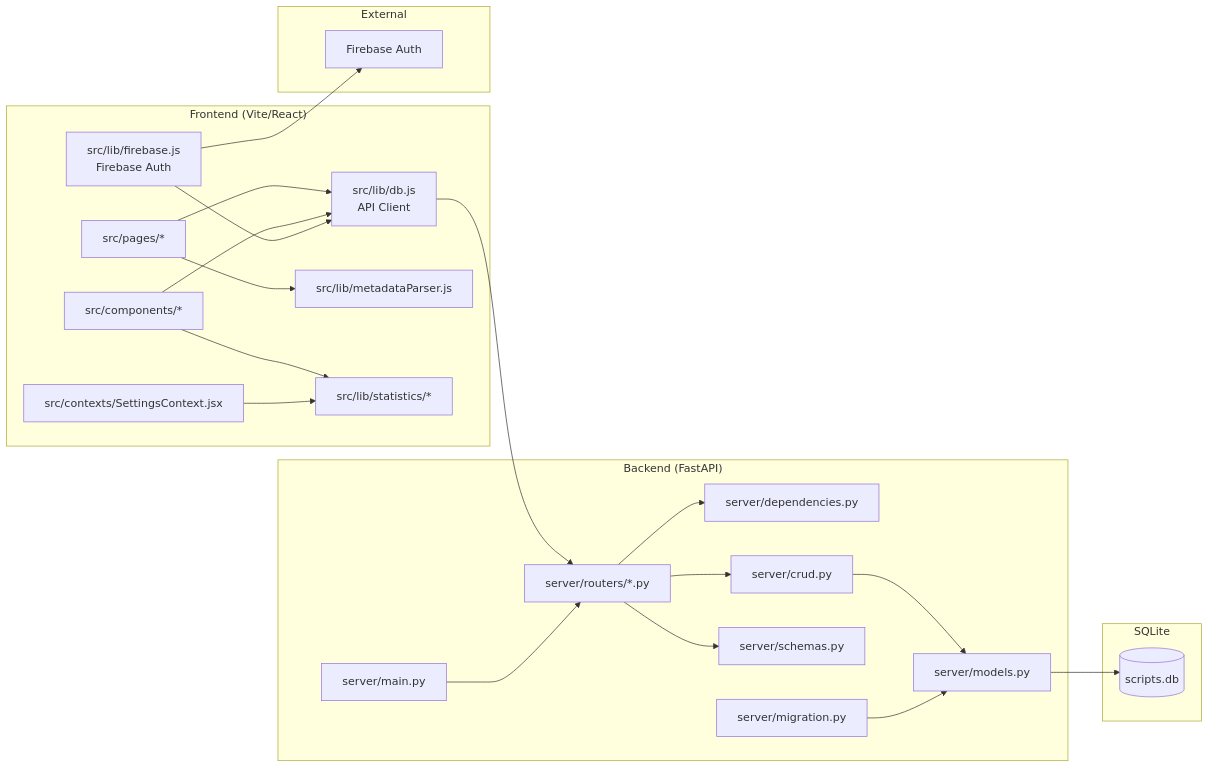
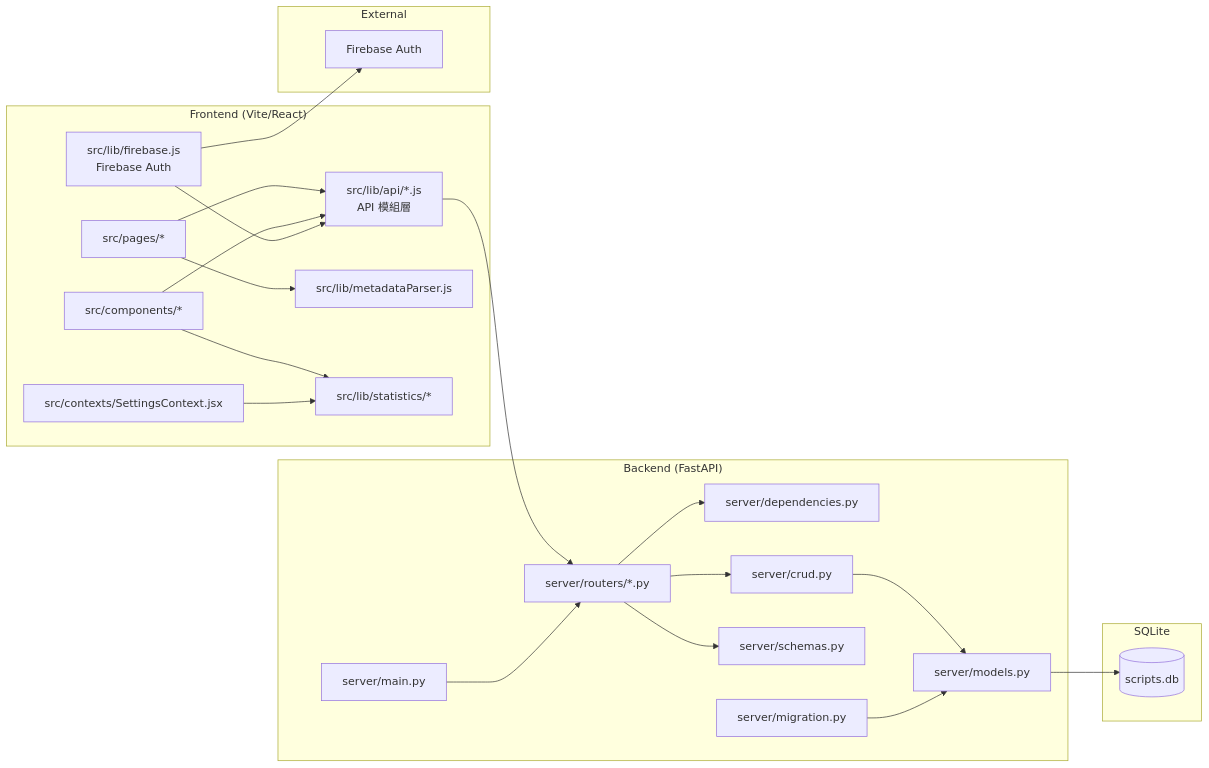
The second of 4 diagrams in docs/product/architecture.md (Shawn-csy/write_project), drawn with Mermaid before and after one commit. The commit also changed other lines of this file and 113 other files, not shown here.

````diff
--- a/docs/product/architecture.md
+++ b/docs/product/architecture.md
@@ -37,47 +37,47 @@
 ```mermaid
 flowchart LR
   subgraph Frontend["Frontend (Vite/React)"]
     FE_PAGES[src/pages/*]
     FE_COMP[src/components/*]
-    FE_API[src/lib/db.js\nAPI Client]
+    FE_API[src/lib/api/*.js\nAPI 模組層]
     FE_AUTH[src/lib/firebase.js\nFirebase Auth]
     FE_META[src/lib/metadataParser.js]
     FE_STATS[src/lib/statistics/*]
     FE_CTX[src/contexts/SettingsContext.jsx]
   end
 
   subgraph Backend["Backend (FastAPI)"]
     BE_MAIN[server/main.py]
     BE_DEP[server/dependencies.py]
     BE_ROUTERS[server/routers/*.py]
     BE_CRUD[server/crud.py]
     BE_MODELS[server/models.py]
     BE_SCHEMA[server/schemas.py]
     BE_MIG[server/migration.py]
   end
 
   subgraph DB["SQLite"]
     DB_SQL[(scripts.db)]
   end
 
   subgraph Services["External"]
     FB[Firebase Auth]
   end
 
   FE_PAGES --> FE_API
   FE_COMP --> FE_API
   FE_PAGES --> FE_META
   FE_COMP --> FE_STATS
   FE_CTX --> FE_STATS
   FE_AUTH --> FE_API
   FE_AUTH --> FB
 
   FE_API --> BE_ROUTERS
   BE_MAIN --> BE_ROUTERS
   BE_ROUTERS --> BE_DEP
   BE_ROUTERS --> BE_SCHEMA
   BE_ROUTERS --> BE_CRUD
   BE_CRUD --> BE_MODELS
   BE_MIG --> BE_MODELS
   BE_MODELS --> DB_SQL
 ```
````
